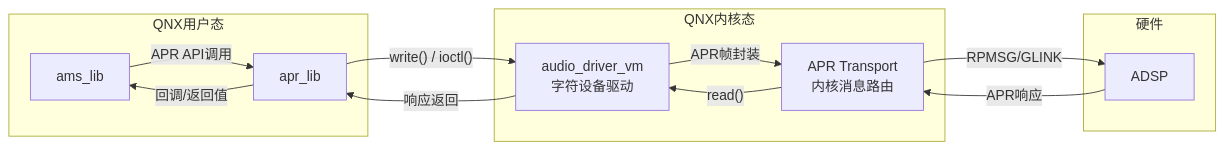
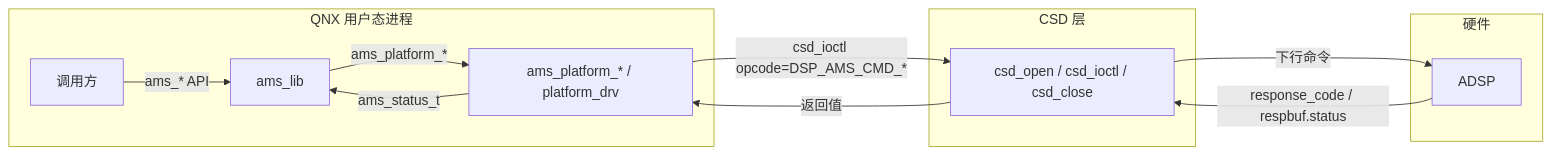
The tenth of 10 diagrams in 16_Vendor_QNX_Architecture/16_16.18_QNX_ams_lib_音频管理服务库.md (yanglinzhen1022/SA8295_AAOS_QNX_Audio_KnowledgeBase), drawn with Mermaid before and after one commit. The commit also changed other lines of this file and 48 other files, not shown here.

````diff
--- a/16_Vendor_QNX_Architecture/16_16.18_QNX_ams_lib_音频管理服务库.md
+++ b/16_Vendor_QNX_Architecture/16_16.18_QNX_ams_lib_音频管理服务库.md
@@ -921,25 +799,24 @@
 ```mermaid
 graph LR
-    subgraph User_Space[QNX用户态]
+    subgraph UserSpace[QNX 用户态进程]
+        caller[调用方]
         ams[ams_lib]
-        apr[apr_lib]
+        plat[ams_platform_* / platform_drv]
     end
 
-    subgraph Kernel_Space[QNX内核态]
-        driver[audio_driver_vm<br/>字符设备驱动]
-        apr_transport[APR Transport<br/>内核消息路由]
+    subgraph CSD[CSD 层]
+        csd[csd_open / csd_ioctl / csd_close]
     end
 
-    subgraph Hardware[硬件]
+    subgraph HW[硬件]
         adsp[ADSP]
     end
 
-    ams -->|APR API调用| apr
-    apr -->|"write() / ioctl()"| driver
-    driver -->|APR帧封装| apr_transport
-    apr_transport -->|RPMSG/GLINK| adsp
-    adsp -->|APR响应| apr_transport
-    apr_transport -->|"read()"| driver
-    driver -->|响应返回| apr
-    apr -->|回调/返回值| ams
+    caller -->|ams_* API| ams
+    ams -->|ams_platform_*| plat
+    plat -->|csd_ioctl opcode=DSP_AMS_CMD_*| csd
+    csd -->|下行命令| adsp
+    adsp -->|response_code / respbuf.status| csd
+    csd -->|返回值| plat
+    plat -->|ams_status_t| ams
 ```
````
